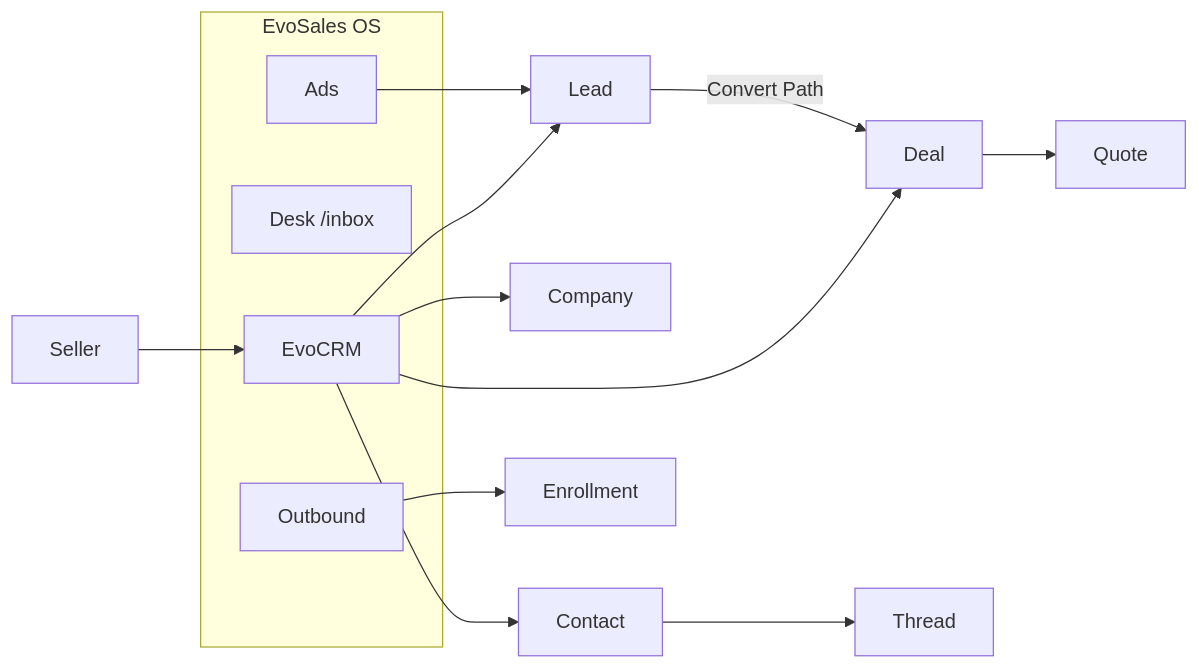
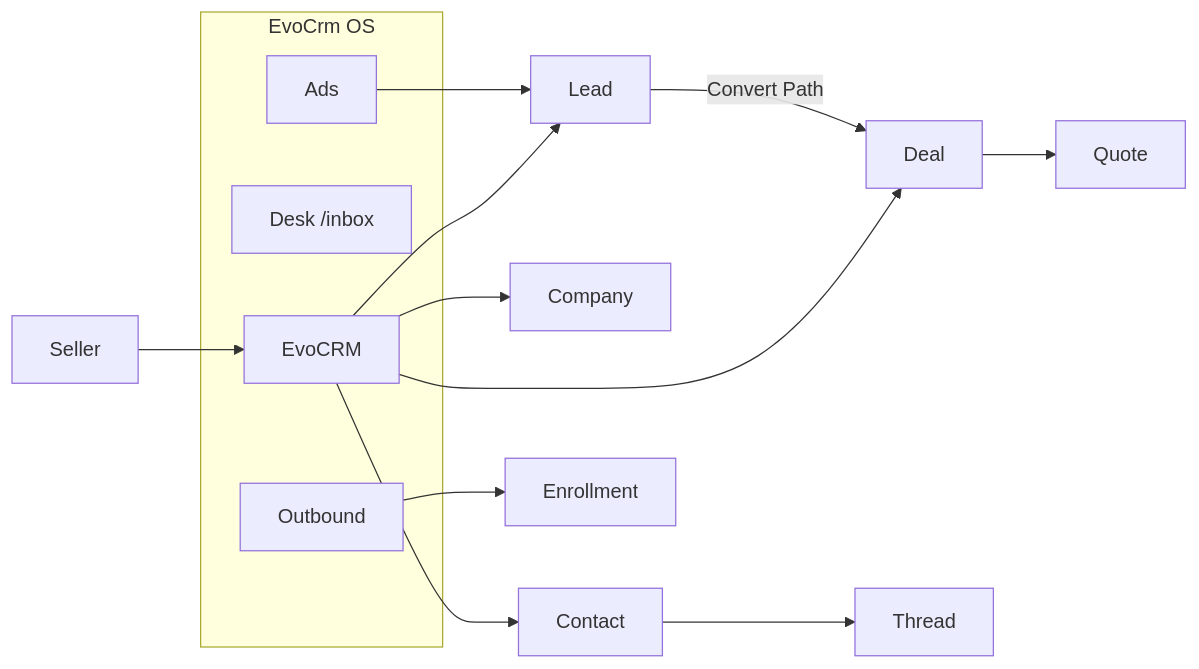
One commit to Ayabeg/EvoCrm changed the diagram in docs/evocrm-plan.md. Above: the diagram before and after it, drawn with Mermaid. The commit also changed other lines of this file and 6 other files, not shown here.

First line of the commit message:
chore: product-facing strings say EvoCrm (#175)

````diff
--- a/docs/evocrm-plan.md
+++ b/docs/evocrm-plan.md
@@ -100,19 +100,19 @@
 ```mermaid
 flowchart LR
   Seller --> EvoCRM
-  subgraph OS[EvoSales OS]
+  subgraph OS[EvoCrm OS]
     EvoCRM[EvoCRM]
     Desk[Desk /inbox]
     Out[Outbound]
     Ads[Ads]
   end
   EvoCRM --> Contact
   EvoCRM --> Company
   EvoCRM --> Lead
   EvoCRM --> Deal
   Lead -->|Convert Path| Deal
   Contact --> Thread
   Deal --> Quote
   Out --> Enrollment
   Ads --> Lead
 ```
````
